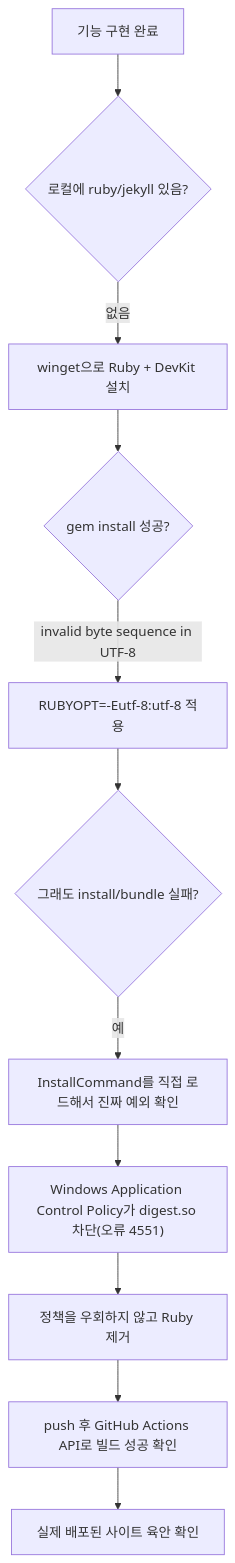
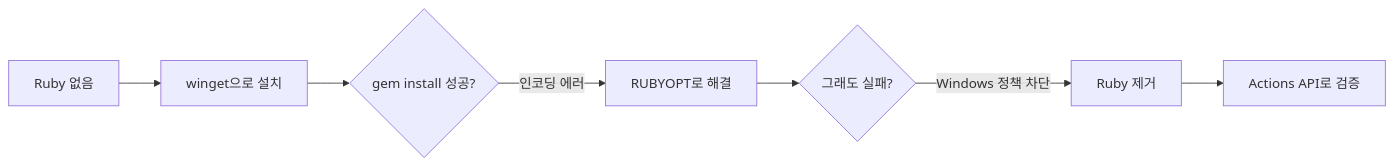
One commit to hhy0123/hyblog changed the diagram in _posts/2026-09-01-jekyll-local-build-blocked-github-actions-verify.md. Above: the diagram before and after it, drawn with Mermaid. The commit also changed 1 other file, not shown here.

Commit message:
새 글 mermaid 다이어그램 간결화, mermaid 컨테이너 폭 제한 추가

````diff
--- a/_posts/2026-09-01-jekyll-local-build-blocked-github-actions-verify.md
+++ b/_posts/2026-09-01-jekyll-local-build-blocked-github-actions-verify.md
@@ -74,13 +74,9 @@
 ```mermaid
-flowchart TD
-    A[기능 구현 완료] --> B{로컬에 ruby/jekyll 있음?}
-    B -->|없음| C[winget으로 Ruby + DevKit 설치]
-    C --> D{gem install 성공?}
-    D -->|"invalid byte sequence in UTF-8"| E[RUBYOPT=-Eutf-8:utf-8 적용]
-    E --> F{그래도 install/bundle 실패?}
-    F -->|예| G[InstallCommand를 직접 로드해서 진짜 예외 확인]
-    G --> H["Windows Application Control Policy가 digest.so 차단(오류 4551)"]
-    H --> I[정책을 우회하지 않고 Ruby 제거]
-    I --> J[push 후 GitHub Actions API로 빌드 성공 확인]
-    J --> K[실제 배포된 사이트 육안 확인]
+flowchart LR
+    A[Ruby 없음] --> B[winget으로 설치]
+    B --> C{gem install 성공?}
+    C -->|인코딩 에러| D[RUBYOPT로 해결]
+    D --> E{그래도 실패?}
+    E -->|Windows 정책 차단| F[Ruby 제거]
+    F --> G[Actions API로 검증]
 ```
````
